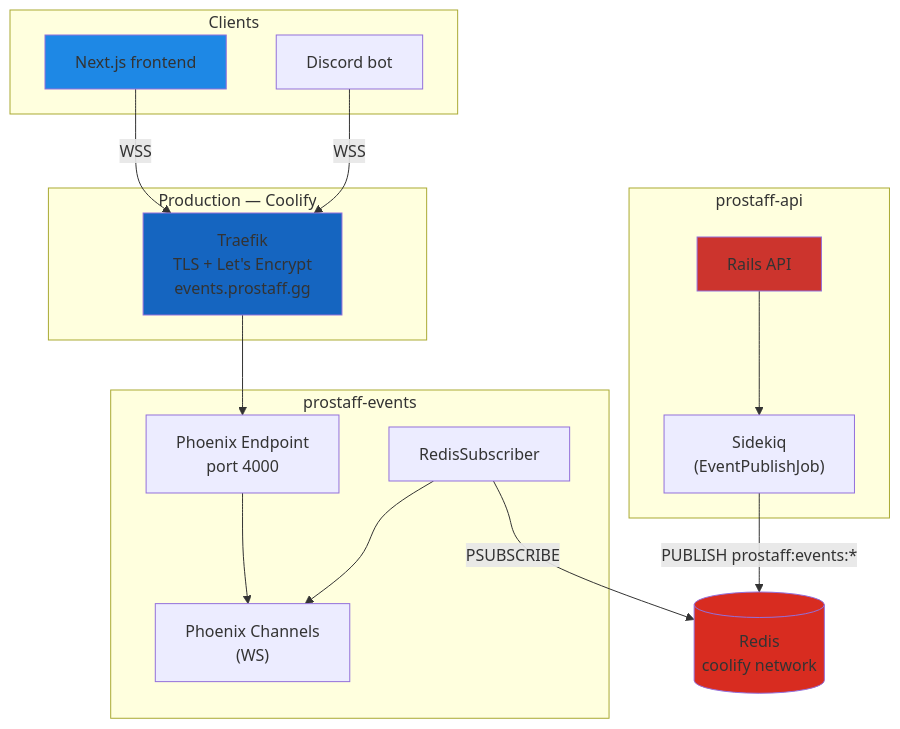
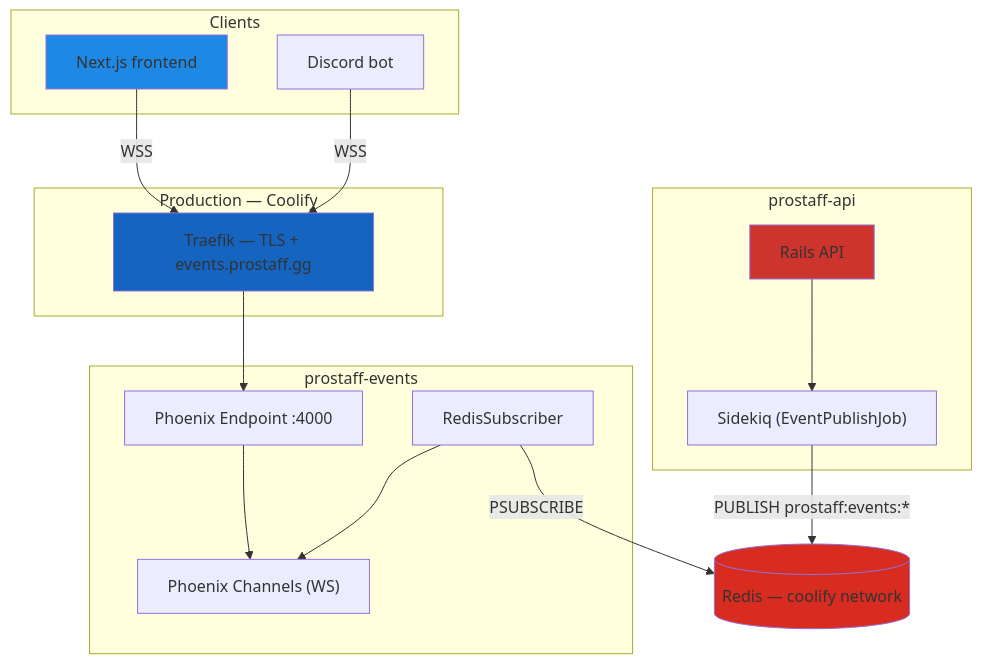
One commit to Bulletdev/prostaff-events changed the second of 2 diagrams in README.md. Above: the diagram before and after it, drawn with Mermaid. The commit also changed other lines of this file and 3 other files, not shown here.

````diff
--- a/README.md
+++ b/README.md
@@ -429,39 +427,39 @@
 ```mermaid
 graph TB
     subgraph "Clients"
         FE["Next.js frontend"]
         Bot["Discord bot"]
     end
 
     subgraph "Production — Coolify"
-        Traefik["Traefik\nTLS + Let's Encrypt\nevents.prostaff.gg"]
+        Traefik["Traefik — TLS + events.prostaff.gg"]
     end
 
     subgraph "prostaff-events"
-        EP["Phoenix Endpoint\nport 4000"]
-        CH["Phoenix Channels\n(WS)"]
+        EP["Phoenix Endpoint :4000"]
+        CH["Phoenix Channels (WS)"]
         RS["RedisSubscriber"]
     end
 
     subgraph "prostaff-api"
         Rails["Rails API"]
-        SQ["Sidekiq\n(EventPublishJob)"]
+        SQ["Sidekiq (EventPublishJob)"]
     end
 
-    RD[("Redis\ncoolify network")]
+    RD[("Redis — coolify network")]
 
     FE -- "WSS" --> Traefik
     Bot -- "WSS" --> Traefik
     Traefik --> EP
     EP --> CH
 
     Rails --> SQ
     SQ -- "PUBLISH prostaff:events:*" --> RD
     RS -- "PSUBSCRIBE" --> RD
     RS --> CH
 
     style FE fill:#1e88e5
     style Traefik fill:#1565c0
     style RD fill:#d82c20
     style Rails fill:#CC342D
 ```
````
